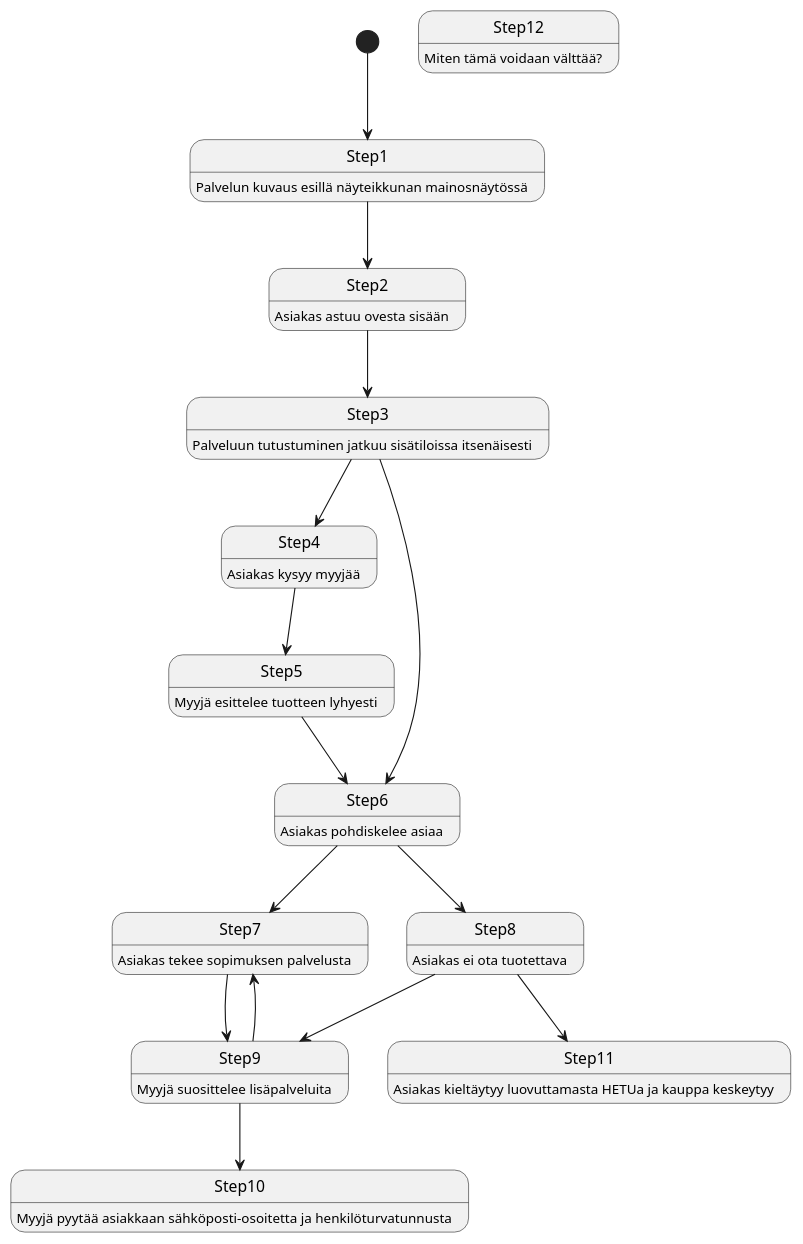
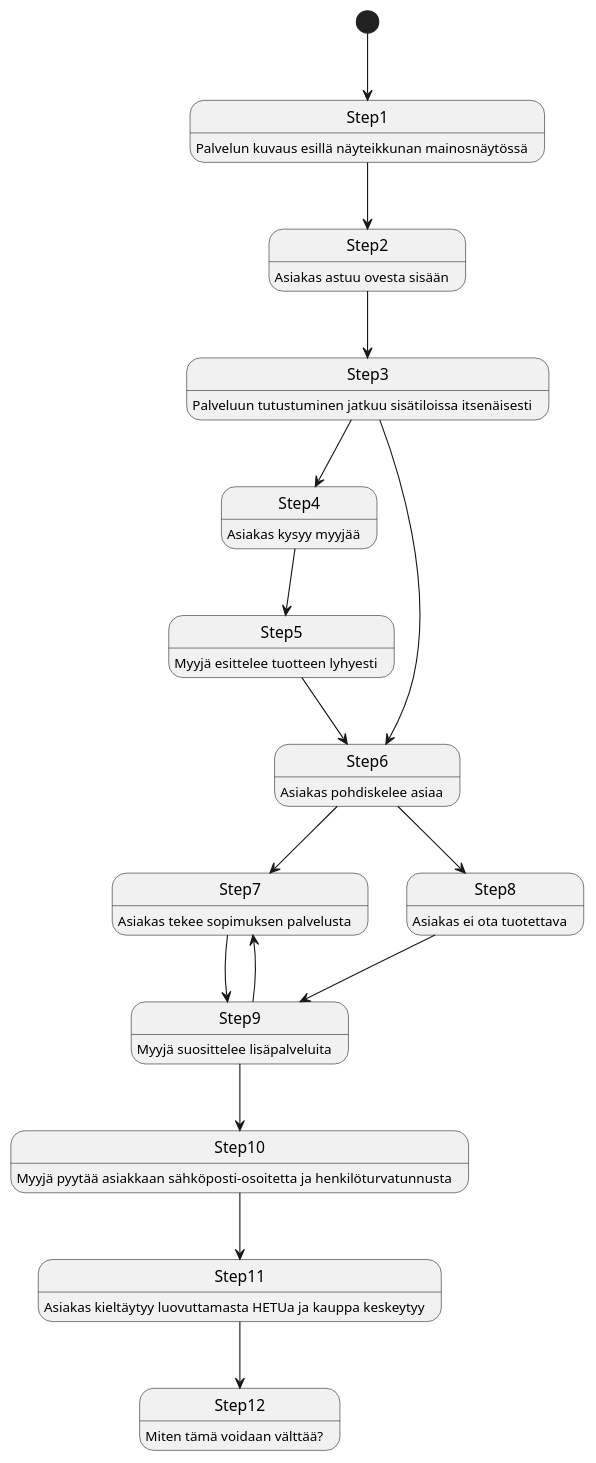
One commit to ninaleo/ransut-core changed the second of 6 diagrams in dokumentit/20-Vaatimustenhallinta/vaatimusmaaritely-tiivis.md. Above: the diagram before and after it, drawn with PlantUML.

Commit message:
Korjaus polkuun

````diff
--- a/dokumentit/20-Vaatimustenhallinta/vaatimusmaaritely-tiivis.md
+++ b/dokumentit/20-Vaatimustenhallinta/vaatimusmaaritely-tiivis.md
@@ -95,29 +95,30 @@
 ```plantuml
 Step1: Palvelun kuvaus esillä näyteikkunan mainosnäytössä 
 Step2: Asiakas astuu ovesta sisään 
 Step3: Palveluun tutustuminen jatkuu sisätiloissa itsenäisesti
 Step4: Asiakas kysyy myyjää
 Step5: Myyjä esittelee tuotteen lyhyesti
 Step6: Asiakas pohdiskelee asiaa
 Step7: Asiakas tekee sopimuksen palvelusta
 Step8: Asiakas ei ota tuotettava
 Step9: Myyjä suosittelee lisäpalveluita
 Step10: Myyjä pyytää asiakkaan sähköposti-osoitetta ja henkilöturvatunnusta
 Step11: Asiakas kieltäytyy luovuttamasta HETUa ja kauppa keskeytyy
 Step12: Miten tämä voidaan välttää?
 
 [*] --> Step1
 Step1 --> Step2
 Step2 --> Step3
 Step3 --> Step6
 Step3 --> Step4
 Step4 --> Step5
 Step5 --> Step6
 Step6 --> Step7
 Step6 --> Step8
-Step8 --> Step11
 Step8 --> Step9
 Step9 --> Step7 
 Step7 --> Step9
 Step9 --> Step10
+Step10 --> Step11
+Step11 --> Step12
 ```
````
